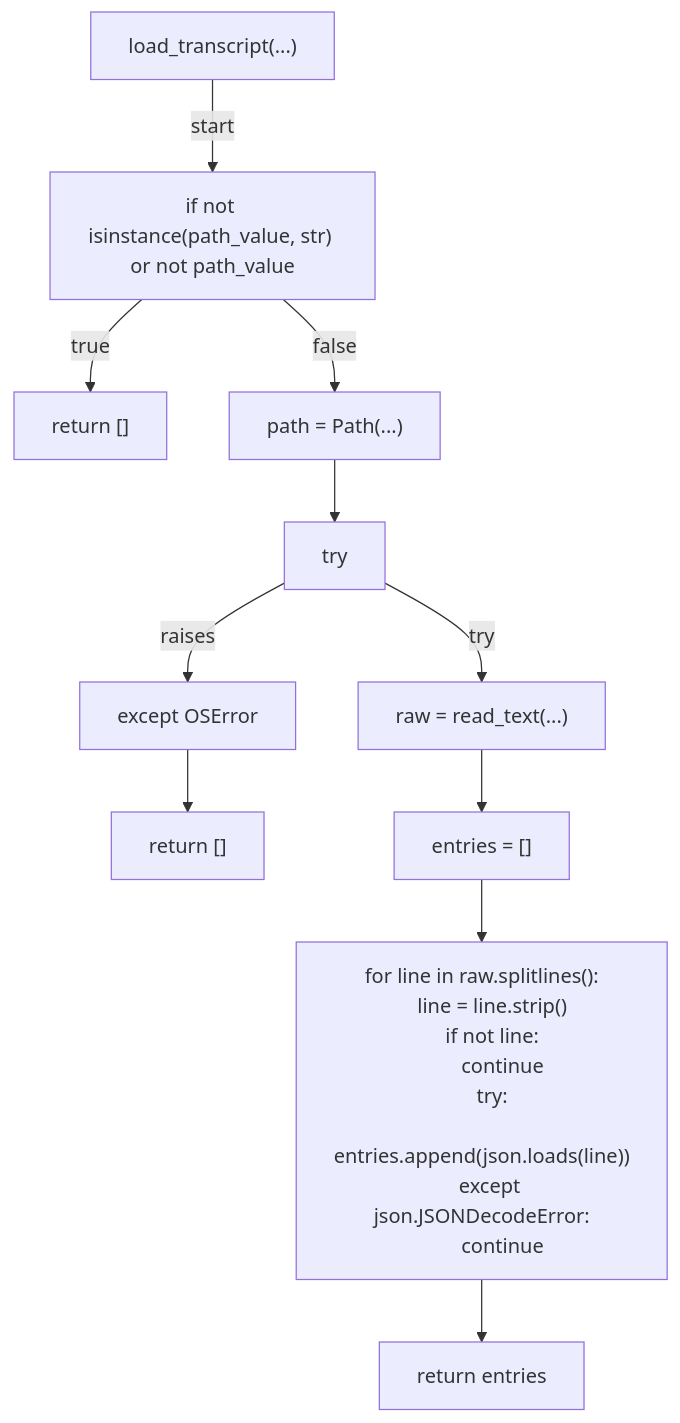
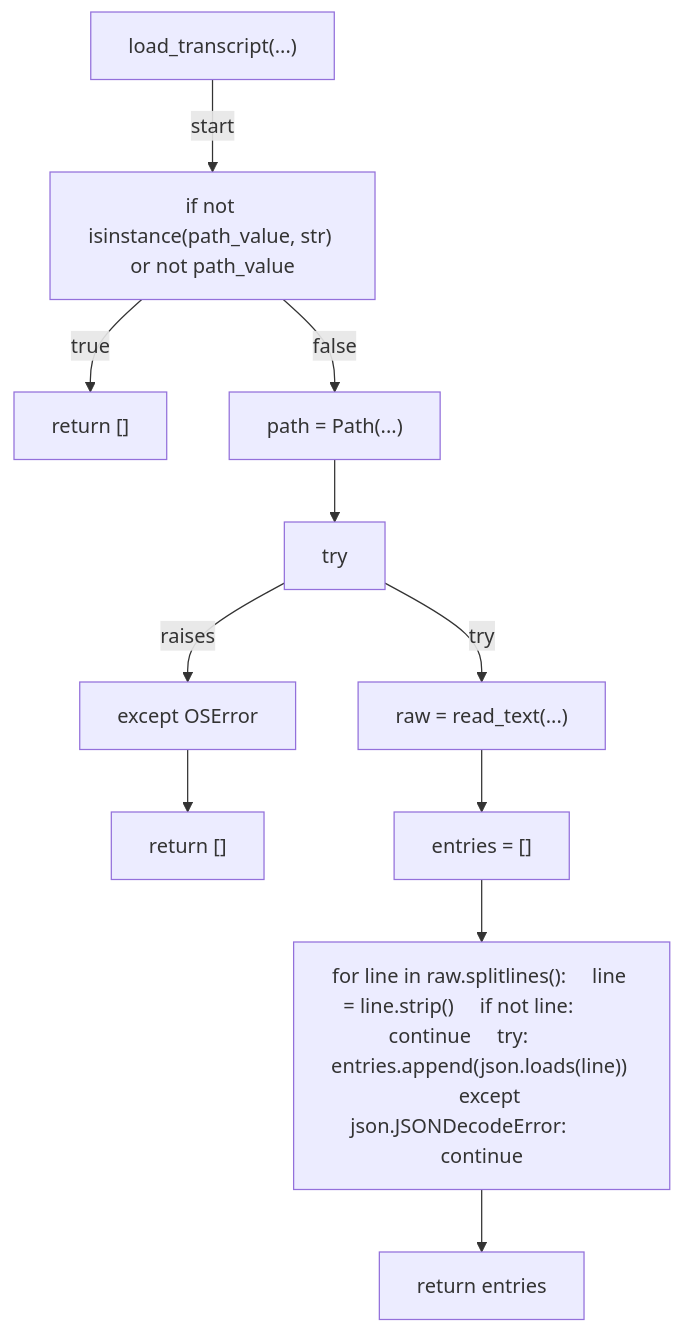
The eighth of 9 diagrams in docs/generated/scripts/ast/stop_new_session_handoff_prompt.md (tvna/claude-md), drawn with Mermaid before and after one commit. The commit also changed other lines of this file and 23 other files, not shown here.

First line of the commit message:
docs(generated): regenerate decision tree and workflow diagrams (batch 4/5)

````diff
--- a/docs/generated/scripts/ast/stop_new_session_handoff_prompt.md
+++ b/docs/generated/scripts/ast/stop_new_session_handoff_prompt.md
@@ -144,31 +139,24 @@
 ```mermaid
 flowchart TD
     N001["load_transcript(...)"]
     N002["if not isinstance(path_value, str) or not path_value"]
     N003["return []"]
     N004["path = Path(...)"]
     N005["try"]
     N006["raw = read_text(...)"]
     N007["except OSError"]
     N008["return []"]
     N009["entries = []"]
-    N010["for line in raw.splitlines():
-    line = line.strip()
-    if not line:
-        continue
-    try:
-        entries.append(json.loads(line))
-    except json.JSONDecodeError:
-        continue"]
+    N010["for line in raw.splitlines():     line = line.strip()     if not line:         continue     try:         entries.append(json.loads(line))     except json.JSONDecodeError:         continue"]
     N011["return entries"]
     N001 -->|"start"| N002
     N002 -->|"true"| N003
     N002 -->|"false"| N004
     N004 --> N005
     N005 -->|"try"| N006
     N005 -->|"raises"| N007
     N007 --> N008
     N006 --> N009
     N009 --> N010
     N010 --> N011
 ```
````
